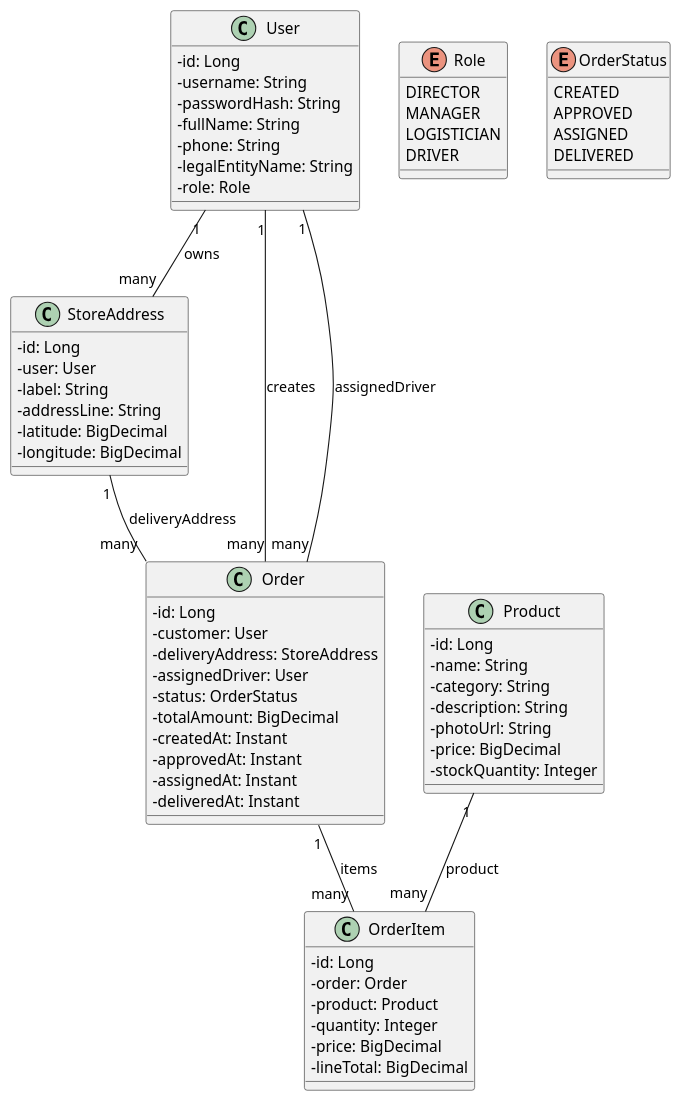
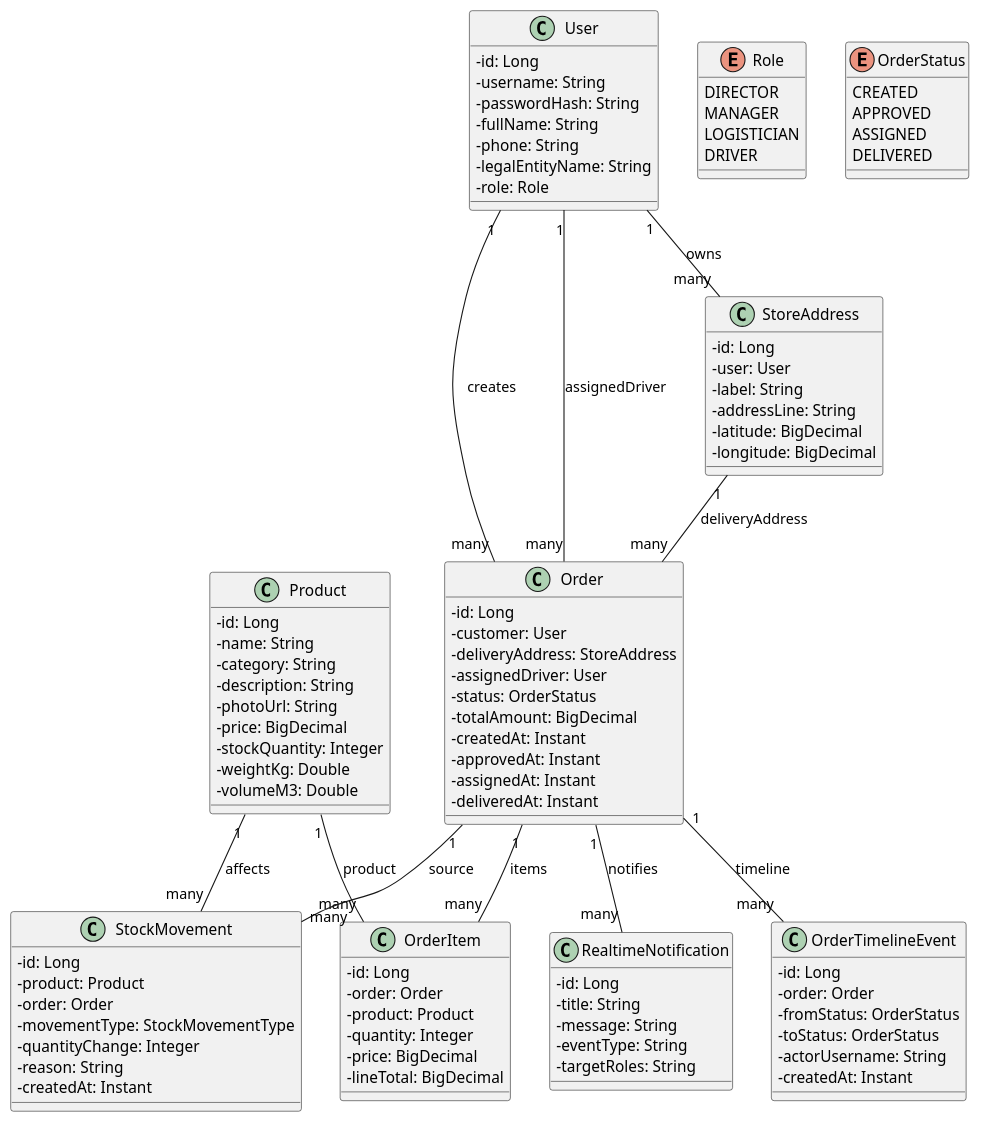
The diagram in docs/diagrams/class.puml (mkmacupe/farmer), drawn with PlantUML before and after one commit. The commit also changed 19 other files, not shown here.

Commit message:
Add defense demo reset flow and docs

```diff
--- a/docs/diagrams/class.puml
+++ b/docs/diagrams/class.puml
@@ -1,75 +1,108 @@
 @startuml
 skinparam classAttributeIconSize 0
 
 class User {
   -id: Long
   -username: String
   -passwordHash: String
   -fullName: String
   -phone: String
   -legalEntityName: String
   -role: Role
 }
 
 class StoreAddress {
   -id: Long
   -user: User
   -label: String
   -addressLine: String
   -latitude: BigDecimal
   -longitude: BigDecimal
 }
 
 class Product {
   -id: Long
   -name: String
   -category: String
   -description: String
   -photoUrl: String
   -price: BigDecimal
   -stockQuantity: Integer
+  -weightKg: Double
+  -volumeM3: Double
 }
 
 class Order {
   -id: Long
   -customer: User
   -deliveryAddress: StoreAddress
   -assignedDriver: User
   -status: OrderStatus
   -totalAmount: BigDecimal
   -createdAt: Instant
   -approvedAt: Instant
   -assignedAt: Instant
   -deliveredAt: Instant
 }
 
 class OrderItem {
   -id: Long
   -order: Order
   -product: Product
   -quantity: Integer
   -price: BigDecimal
   -lineTotal: BigDecimal
 }
 
+class StockMovement {
+  -id: Long
+  -product: Product
+  -order: Order
+  -movementType: StockMovementType
+  -quantityChange: Integer
+  -reason: String
+  -createdAt: Instant
+}
+
+class OrderTimelineEvent {
+  -id: Long
+  -order: Order
+  -fromStatus: OrderStatus
+  -toStatus: OrderStatus
+  -actorUsername: String
+  -createdAt: Instant
+}
+
+class RealtimeNotification {
+  -id: Long
+  -title: String
+  -message: String
+  -eventType: String
+  -targetRoles: String
+}
+
 enum Role {
   DIRECTOR
   MANAGER
   LOGISTICIAN
   DRIVER
 }
 
 enum OrderStatus {
   CREATED
   APPROVED
   ASSIGNED
   DELIVERED
 }
 
 User "1" -- "many" StoreAddress : owns
 User "1" -- "many" Order : creates
 User "1" -- "many" Order : assignedDriver
 StoreAddress "1" -- "many" Order : deliveryAddress
 Order "1" -- "many" OrderItem : items
 Product "1" -- "many" OrderItem : product
+Product "1" -- "many" StockMovement : affects
+Order "1" -- "many" StockMovement : source
+Order "1" -- "many" OrderTimelineEvent : timeline
+Order "1" -- "many" RealtimeNotification : notifies
 @enduml
```
